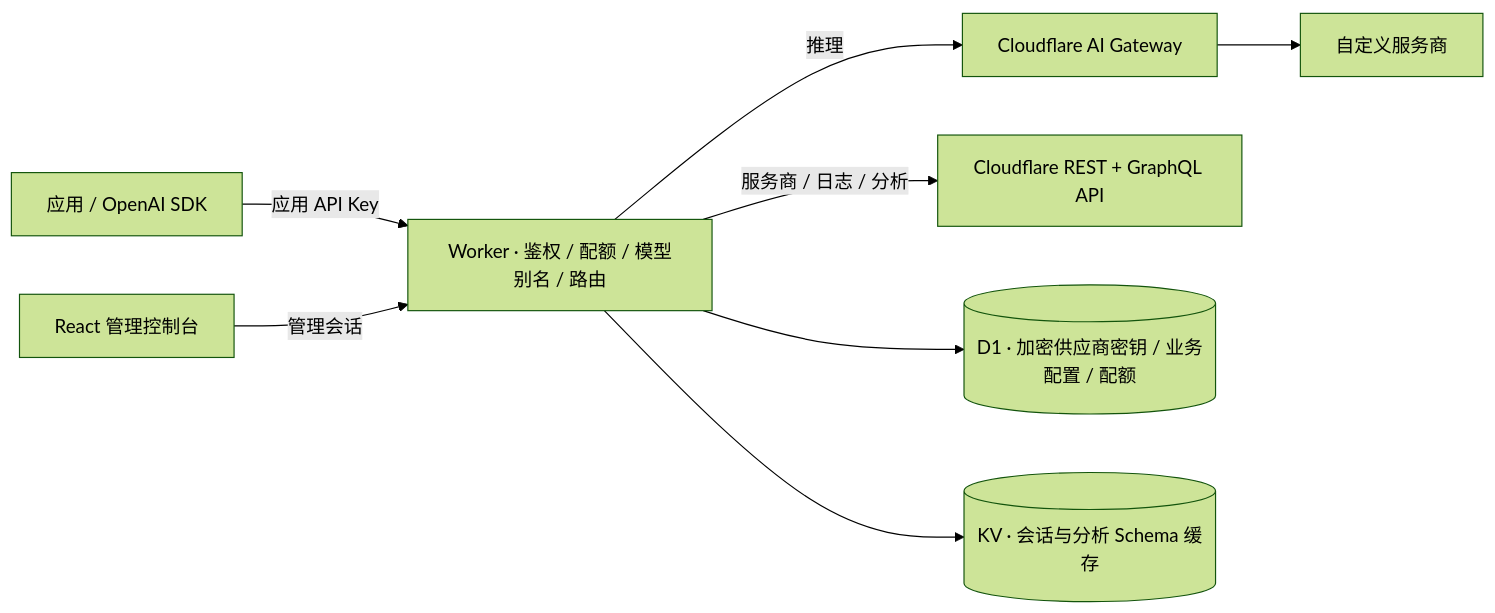
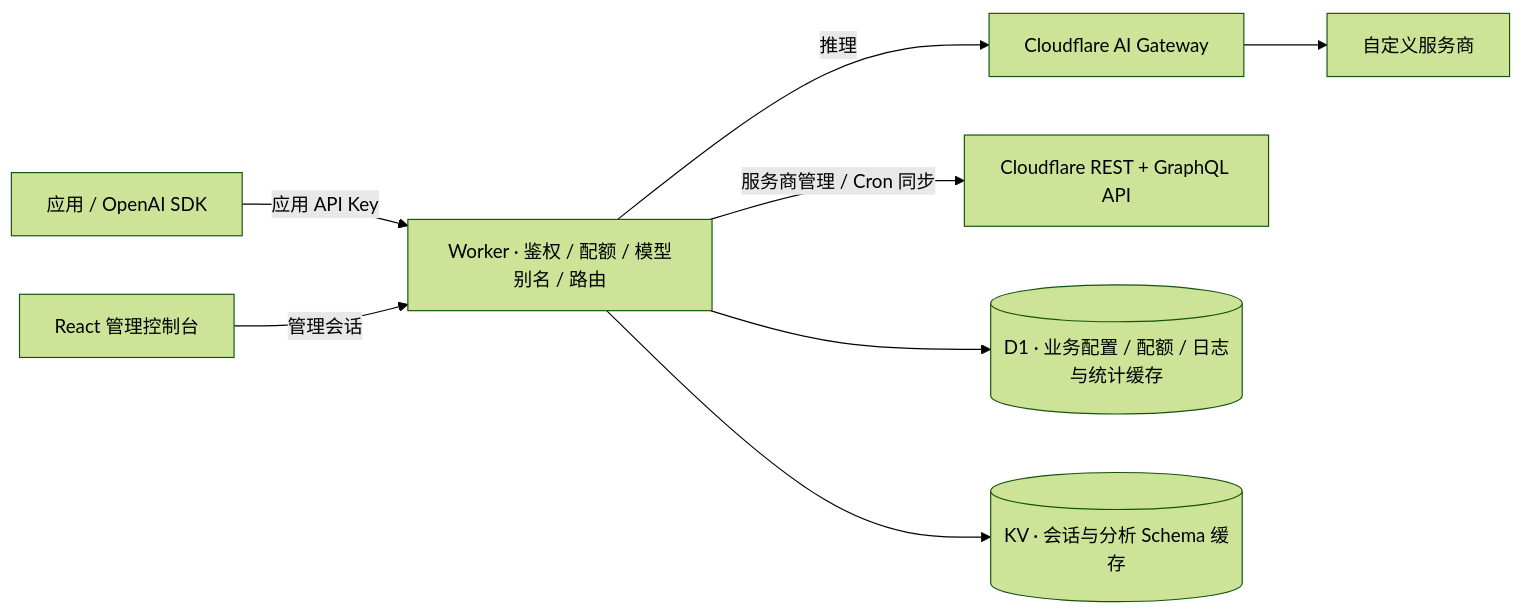
One commit to doitcan-oiu/edgegate changed the diagram in README.md. Above: the diagram before and after it, drawn with Mermaid (forest theme). The commit also changed other lines of this file and 23 other files, not shown here.

````diff
--- a/README.md
+++ b/README.md
@@ -15,10 +15,10 @@
 ```mermaid
 flowchart LR
     App[应用 / OpenAI SDK] -->|应用 API Key| Worker[Worker · 鉴权 / 配额 / 模型别名 / 路由]
     UI[React 管理控制台] -->|管理会话| Worker
     Worker -->|推理| AIG[Cloudflare AI Gateway]
     AIG --> Custom[自定义服务商]
-    Worker -->|服务商 / 日志 / 分析| API[Cloudflare REST + GraphQL API]
-    Worker --> D1[(D1 · 加密供应商密钥 / 业务配置 / 配额)]
+    Worker -->|服务商管理 / Cron 同步| API[Cloudflare REST + GraphQL API]
+    Worker --> D1[(D1 · 业务配置 / 配额 / 日志与统计缓存)]
     Worker --> KV[(KV · 会话与分析 Schema 缓存)]
 ```
````
